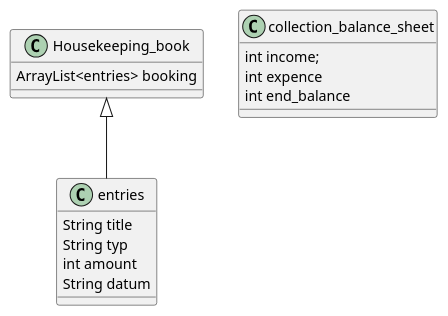
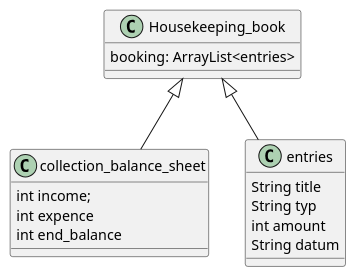
Before and after one commit to Martin1088/Java-With-Screenreader: the diagram in Haushaltsbuch/first_test/src/Haushaltsbuch.puml, drawn with PlantUML. The commit also changed 41 other files, not shown here.

```diff
--- a/Haushaltsbuch/first_test/src/Haushaltsbuch.puml
+++ b/Haushaltsbuch/first_test/src/Haushaltsbuch.puml
@@ -1,18 +1,19 @@
 @startuml
 class Housekeeping_book {
-  ArrayList<entries> booking
+ booking: ArrayList<entries>
 }
 class collection_balance_sheet {
   int income;
   int expence
   int end_balance
 }
 class entries {
   String title
   String typ
   int amount
   String datum
 }
 
 Housekeeping_book <|-- entries
+Housekeeping_book <|-- collection_balance_sheet
 @enduml
```
